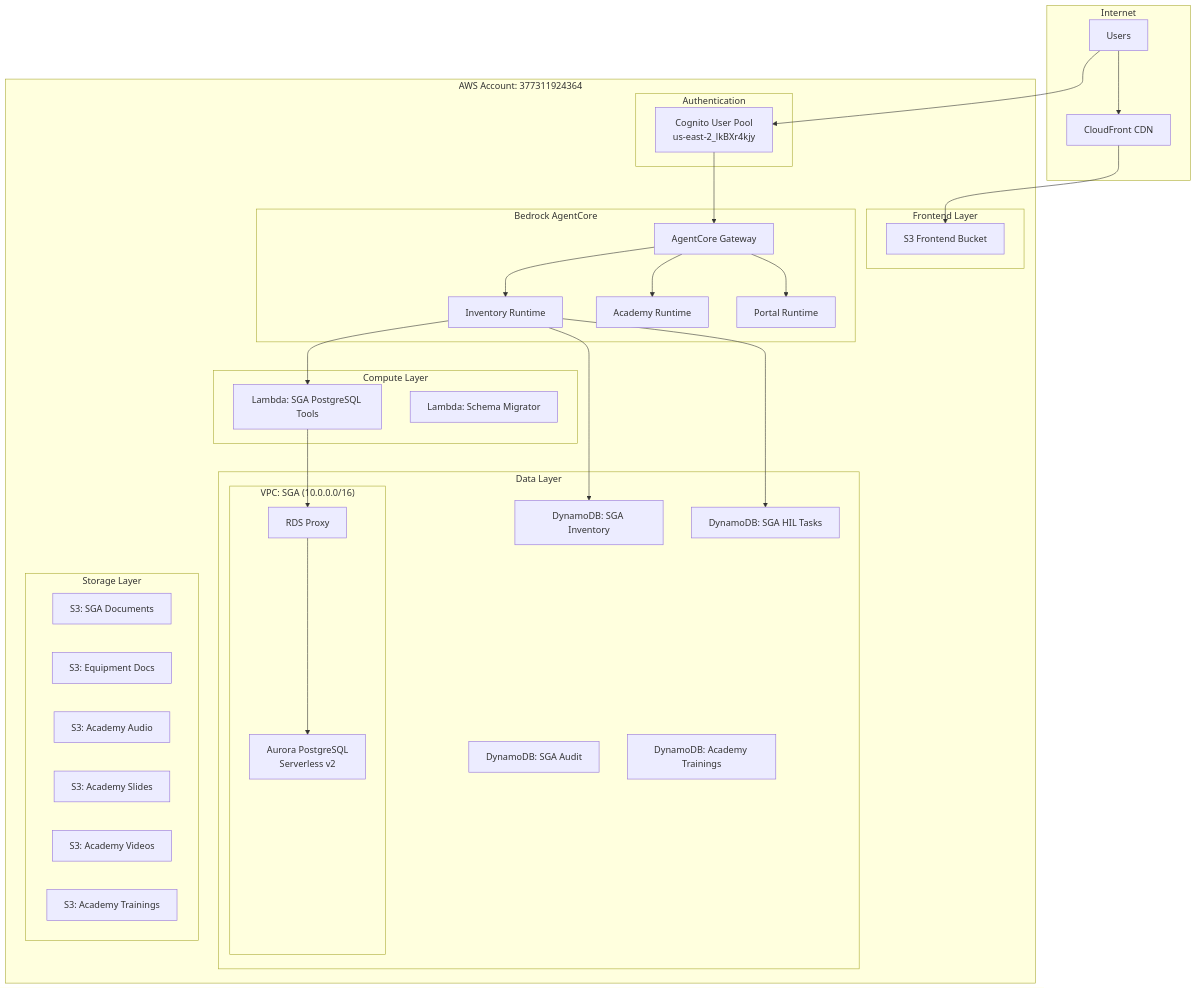
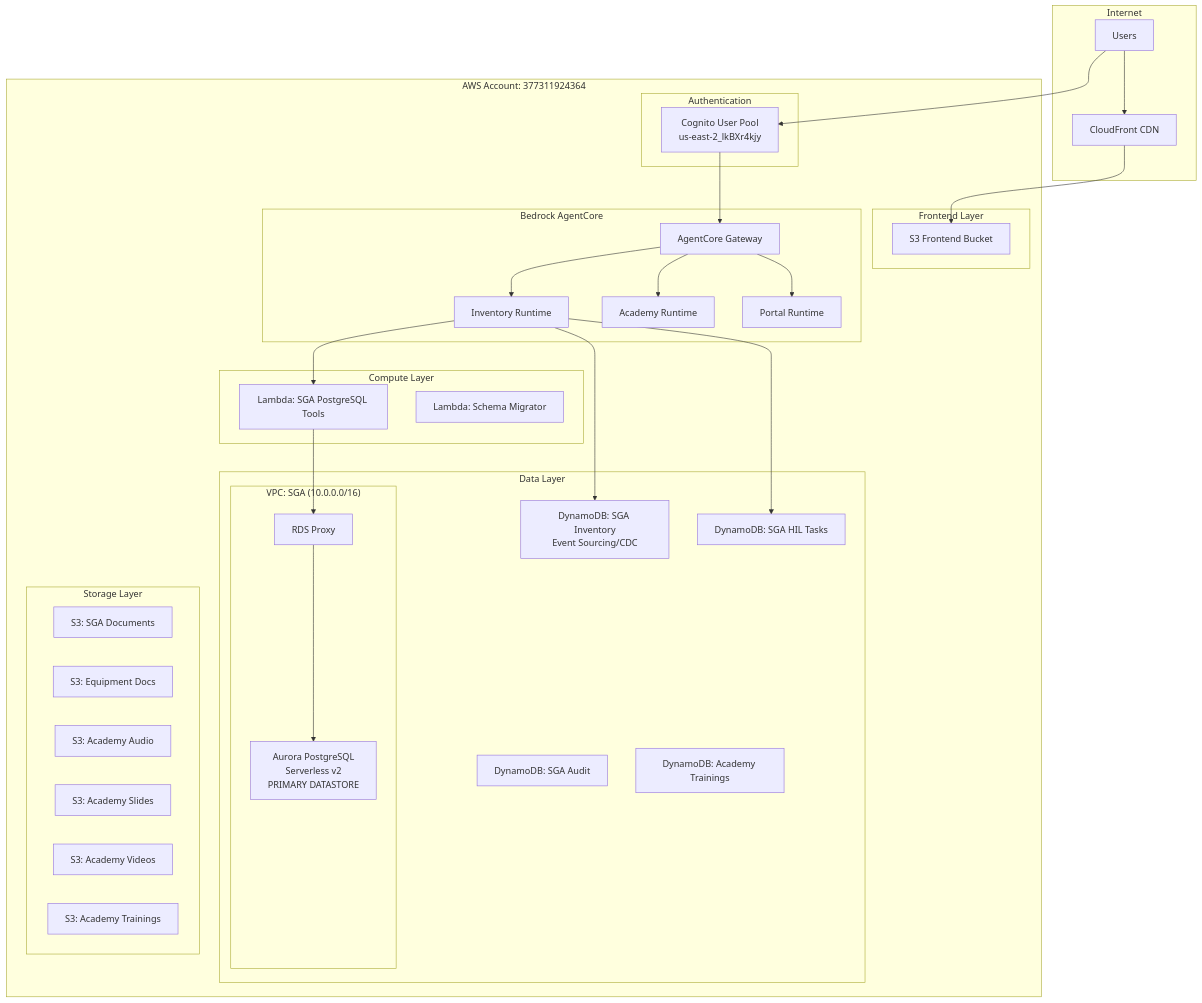
One commit to LPDigital-Agent/lpd-faiston-allinone changed the diagram in docs/INFRASTRUCTURE.md. Above: the diagram before and after it, drawn with Mermaid. The commit also changed other lines of this file and 23 other files, not shown here.

First line of the commit message:
📚 docs(sga): comprehensive SGA documentation update for Strands A2A architecture

````diff
--- a/docs/INFRASTRUCTURE.md
+++ b/docs/INFRASTRUCTURE.md
@@ -22,62 +33,62 @@
 ```mermaid
 flowchart TB
     subgraph Internet ["Internet"]
         USERS[Users]
         CLOUDFRONT[CloudFront CDN]
     end
 
     subgraph AWS ["AWS Account: 377311924364"]
         subgraph Frontend ["Frontend Layer"]
             S3_FE[S3 Frontend Bucket]
         end
 
         subgraph Auth ["Authentication"]
             COGNITO[Cognito User Pool<br/>us-east-2_lkBXr4kjy]
         end
 
         subgraph AgentCore ["Bedrock AgentCore"]
             GW[AgentCore Gateway]
             INV_RT[Inventory Runtime]
             ACAD_RT[Academy Runtime]
             PORTAL_RT[Portal Runtime]
         end
 
         subgraph Compute ["Compute Layer"]
             LAMBDA_TOOLS[Lambda: SGA PostgreSQL Tools]
             LAMBDA_SCHEMA[Lambda: Schema Migrator]
         end
 
         subgraph Data ["Data Layer"]
             subgraph VPC_SGA ["VPC: SGA (10.0.0.0/16)"]
-                AURORA[Aurora PostgreSQL<br/>Serverless v2]
+                AURORA[Aurora PostgreSQL<br/>Serverless v2<br/>PRIMARY DATASTORE]
                 RDS_PROXY[RDS Proxy]
             end
-            DYNAMO_INV[DynamoDB: SGA Inventory]
+            DYNAMO_INV[DynamoDB: SGA Inventory<br/>Event Sourcing/CDC]
             DYNAMO_HIL[DynamoDB: SGA HIL Tasks]
             DYNAMO_AUDIT[DynamoDB: SGA Audit]
             DYNAMO_ACAD[DynamoDB: Academy Trainings]
         end
 
         subgraph Storage ["Storage Layer"]
             S3_DOCS[S3: SGA Documents]
             S3_EQUIP[S3: Equipment Docs]
             S3_AUDIO[S3: Academy Audio]
             S3_SLIDES[S3: Academy Slides]
             S3_VIDEOS[S3: Academy Videos]
             S3_TRAIN[S3: Academy Trainings]
         end
     end
 
     USERS --> CLOUDFRONT
     CLOUDFRONT --> S3_FE
     USERS --> COGNITO
     COGNITO --> GW
     GW --> INV_RT
     GW --> ACAD_RT
     GW --> PORTAL_RT
     INV_RT --> LAMBDA_TOOLS
     LAMBDA_TOOLS --> RDS_PROXY
     RDS_PROXY --> AURORA
     INV_RT --> DYNAMO_INV
     INV_RT --> DYNAMO_HIL
 ```
````
